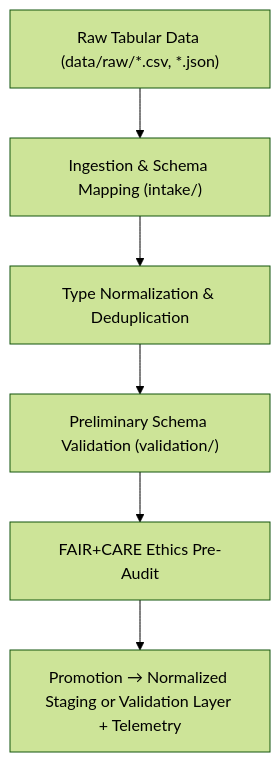
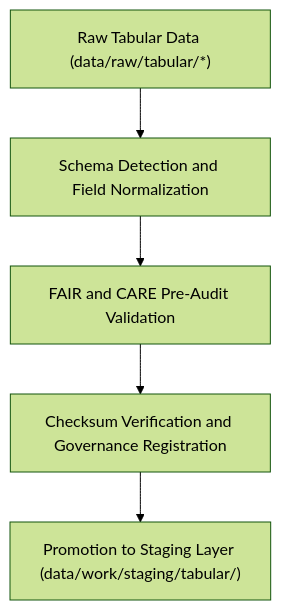
The diagram in data/work/staging/tabular/tmp/README.md (bartytime4life/Kansas-Frontier-Matrix), drawn with Mermaid (forest theme) before and after one commit. The commit also changed other lines of this file, not shown here.

First line of the commit message:
Update README for Tabular TMP Workspace v9.6.0

````diff
--- a/data/work/staging/tabular/tmp/README.md
+++ b/data/work/staging/tabular/tmp/README.md
@@ -82,8 +75,7 @@
 ```mermaid
 flowchart TD
-    A["Raw Tabular Data (data/raw/*.csv, *.json)"] --> B["Ingestion & Schema Mapping (intake/)"]
-    B --> C["Type Normalization & Deduplication"]
-    C --> D["Preliminary Schema Validation (validation/)"]
-    D --> E["FAIR+CARE Ethics Pre-Audit"]
-    E --> F["Promotion → Normalized Staging or Validation Layer + Telemetry"]
+    A["Raw Tabular Data (data/raw/tabular/*)"] --> B["Schema Detection and Field Normalization"]
+    B --> C["FAIR and CARE Pre-Audit Validation"]
+    C --> D["Checksum Verification and Governance Registration"]
+    D --> E["Promotion to Staging Layer (data/work/staging/tabular/)"]
 ```
````
